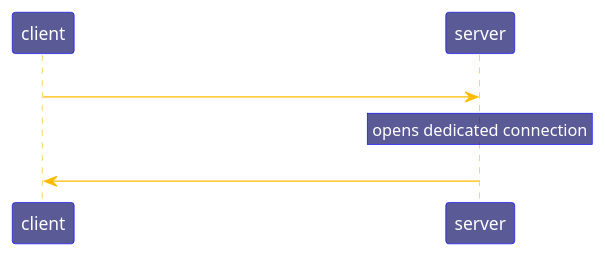
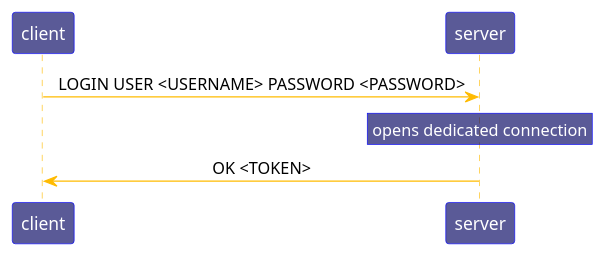
The diagram in arch/login.puml (PomatoCoCEO/UcDrive), drawn with PlantUML before and after one commit. The commit also changed 20 other files, not shown here.

```diff
--- a/arch/login.puml
+++ b/arch/login.puml
@@ -1,20 +1,23 @@
 @startuml login
+skinparam sequenceMessageAlign CENTER
+skinparam NoteTextAlignment CENTER
 skinparam DefaultTextAlignment CENTER
-skinparam DefaultFontColor #ffffff
 skinparam ArrowColor #ffbb00
 skinparam sequenceMessageAlign CENTER
 skinparam NoteTextAlignment CENTER
 skinparam NoteBackgroundColor #060662a8
 skinparam NoteBorderColor #0000ff
+skinparam NoteFontColor white
+skinparam ParticipantFontColor white
 skinparam ParticipantBackgroundColor #060662a8
 skinparam ParticipantBorderColor #0000ff
 skinparam PathHoverColor #ffbb00
 skinparam SequenceLifeLineBorderColor #ffbb00
 'skinparam ParticipantBackgroundColor #00ffff
 'skinparam ParticipantBorderColor #0000ff these are comments, started with '
 client -> server : LOGIN USER <USERNAME> PASSWORD <PASSWORD>
 rnote over server
 opens dedicated connection
 end note
 server -> client: OK <TOKEN>
 @enduml
```
